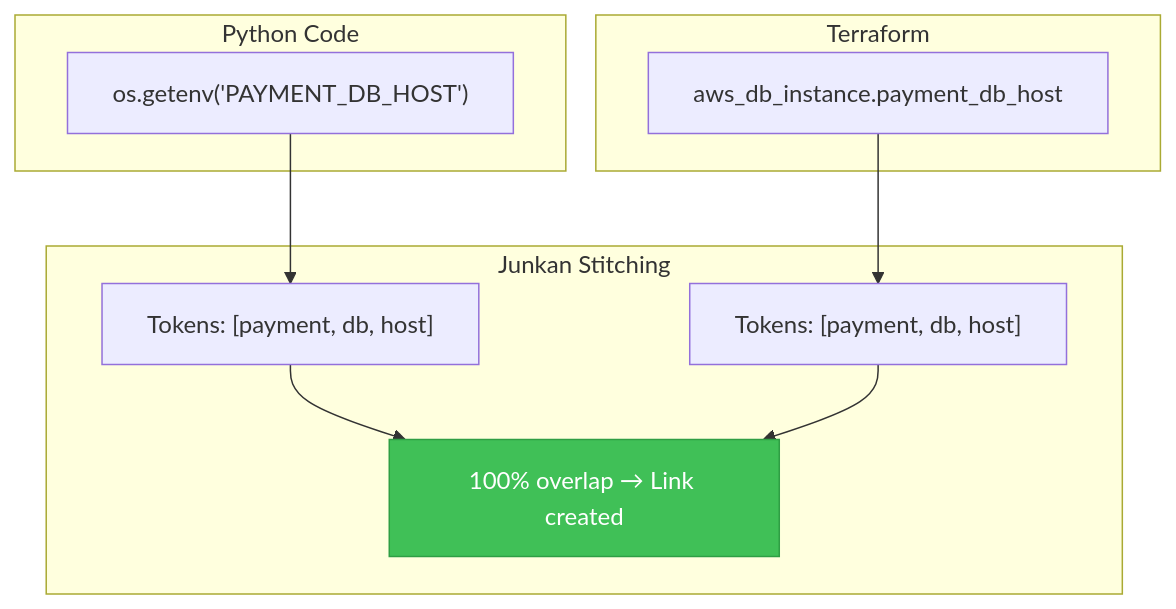
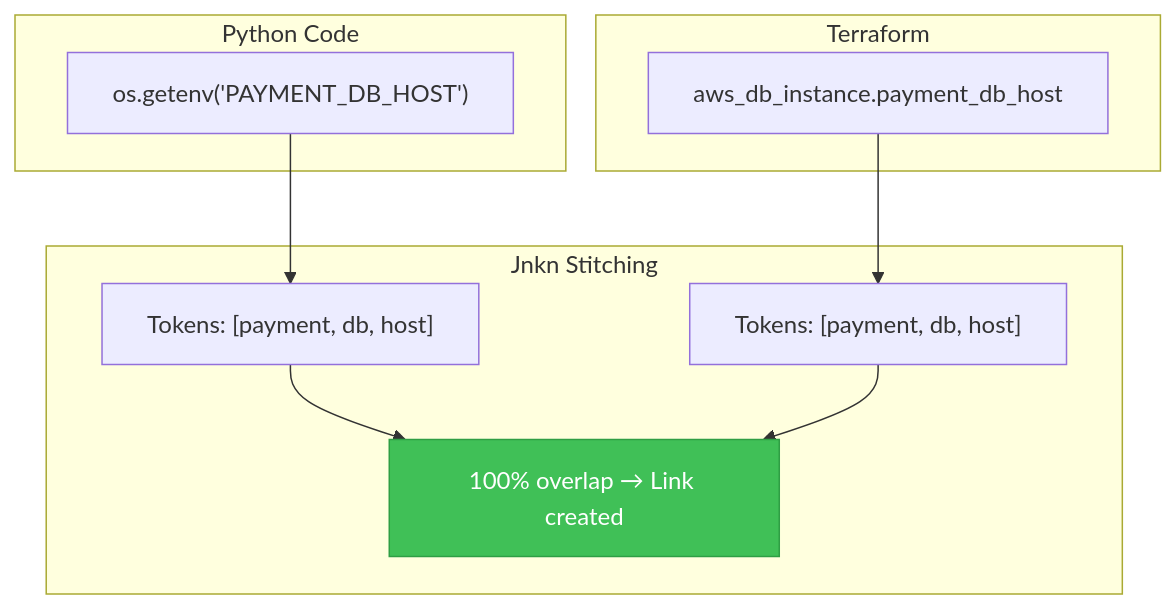
Before and after one commit to bordumb/jnkn: the ninth of 10 diagrams in README.md, drawn with Mermaid. The commit also changed other lines of this file and 171 other files, not shown here.

````diff
--- a/README.md
+++ b/README.md
@@ -165,23 +165,23 @@
 ```mermaid
 graph TB
     subgraph "Python Code"
         CODE["os.getenv('PAYMENT_DB_HOST')"]
     end
     
     subgraph "Terraform"
         TERRA["aws_db_instance.payment_db_host"]
     end
     
-    subgraph "Junkan Stitching"
+    subgraph "Jnkn Stitching"
         TOK1["Tokens: [payment, db, host]"]
         TOK2["Tokens: [payment, db, host]"]
         MATCH2["100% overlap → Link created"]
     end
     
     CODE --> TOK1
     TERRA --> TOK2
     TOK1 --> MATCH2
     TOK2 --> MATCH2
     
     style MATCH2 fill:#40c057,stroke:#2f9e44,color:#fff
 ```
````
